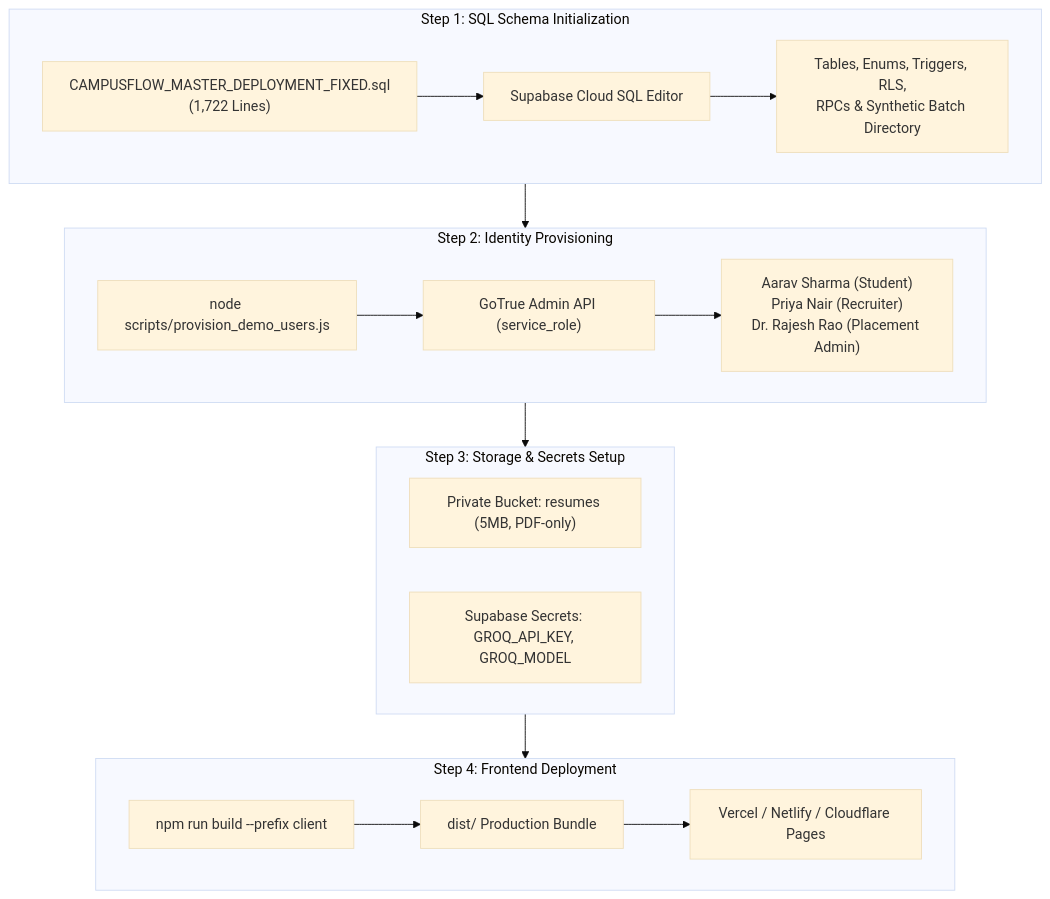
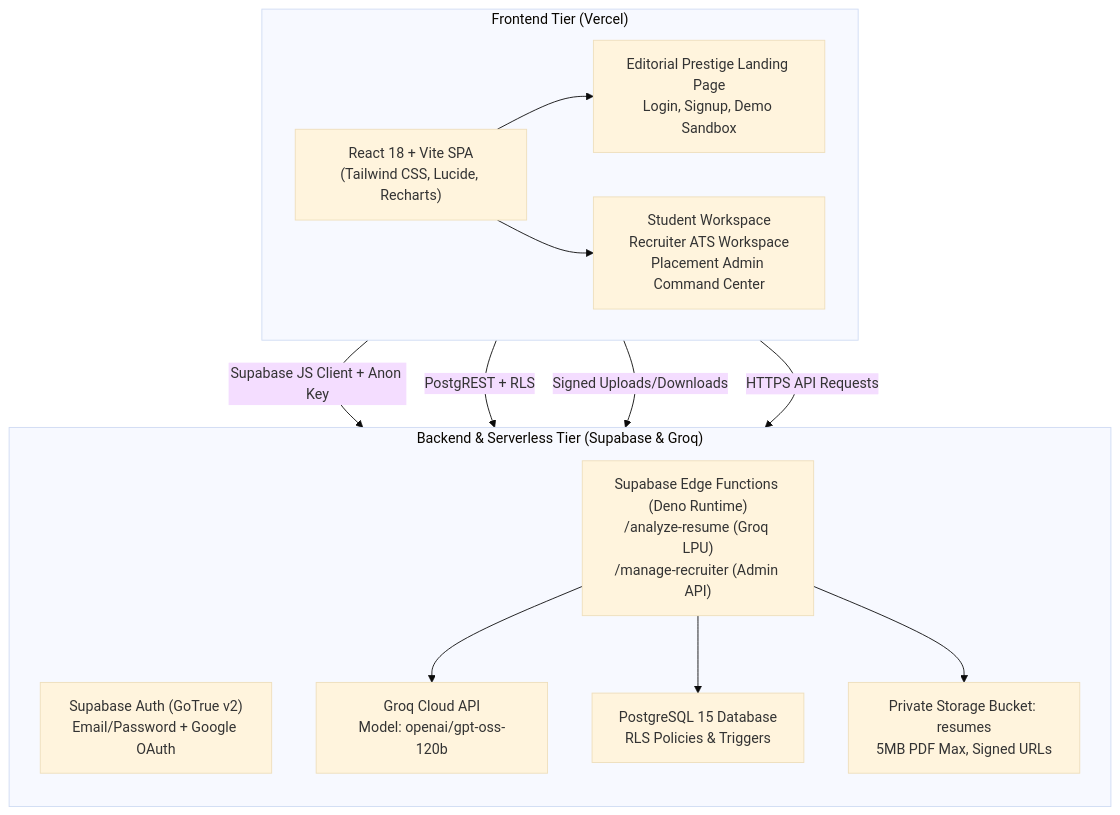
Before and after one commit to Rohit-Andhavarapu/CampusFlow: the diagram in docs/DEPLOYMENT.md, drawn with Mermaid (base theme). The commit also changed other lines of this file and 15 other files, not shown here.

Commit message:
feat(release): achieve complete v6.0 production deployment readiness

````diff
--- a/docs/DEPLOYMENT.md
+++ b/docs/DEPLOYMENT.md
@@ -13,30 +15,28 @@
 ```mermaid
 flowchart TD
-    subgraph Step1 ["Step 1: SQL Schema Initialization"]
-        MasterSQL["CAMPUSFLOW_MASTER_DEPLOYMENT_FIXED.sql<br/>(1,722 Lines)"]
-        SQLEditor["Supabase Cloud SQL Editor"]
-        MasterSQL --> SQLEditor
-        SQLEditor --> Schemas["Tables, Enums, Triggers, RLS,<br/>RPCs & Synthetic Batch Directory"]
+    subgraph Frontend ["Frontend Tier (Vercel)"]
+        SPA["React 18 + Vite SPA<br/>(Tailwind CSS, Lucide, Recharts)"]
+        PublicRoutes["Editorial Prestige Landing Page<br/>Login, Signup, Demo Sandbox"]
+        ProtectedRoutes["Student Workspace<br/>Recruiter ATS Workspace<br/>Placement Admin Command Center"]
+        SPA --> PublicRoutes
+        SPA --> ProtectedRoutes
     end
 
-    subgraph Step2 ["Step 2: Identity Provisioning"]
-        ProvisionScript["node scripts/provision_demo_users.js"]
-        AdminAPI["GoTrue Admin API (service_role)"]
-        ProvisionScript --> AdminAPI
-        AdminAPI --> Accounts["Aarav Sharma (Student)<br/>Priya Nair (Recruiter)<br/>Dr. Rajesh Rao (Placement Admin)"]
+    subgraph Backend ["Backend & Serverless Tier (Supabase & Groq)"]
+        direction TB
+        Auth["Supabase Auth (GoTrue v2)<br/>Email/Password + Google OAuth"]
+        Database["PostgreSQL 15 Database<br/>RLS Policies & Triggers"]
+        Storage["Private Storage Bucket: resumes<br/>5MB PDF Max, Signed URLs"]
+        EdgeFunctions["Supabase Edge Functions (Deno Runtime)<br/>/analyze-resume (Groq LPU)<br/>/manage-recruiter (Admin API)"]
+        GroqCloud["Groq Cloud API<br/>Model: openai/gpt-oss-120b"]
+        
+        EdgeFunctions --> GroqCloud
+        EdgeFunctions --> Database
+        EdgeFunctions --> Storage
     end
 
-    subgraph Step3 ["Step 3: Storage & Secrets Setup"]
-        Storage["Private Bucket: resumes (5MB, PDF-only)"]
-        Secrets["Supabase Secrets: GROQ_API_KEY, GROQ_MODEL"]
-    end
-
-    subgraph Step4 ["Step 4: Frontend Deployment"]
-        ViteBuild["npm run build --prefix client"]
-        Dist["dist/ Production Bundle"]
-        Hosting["Vercel / Netlify / Cloudflare Pages"]
-        ViteBuild --> Dist --> Hosting
-    end
-
-    Step1 --> Step2 --> Step3 --> Step4
+    Frontend -->|Supabase JS Client + Anon Key| Auth
+    Frontend -->|PostgREST + RLS| Database
+    Frontend -->|Signed Uploads/Downloads| Storage
+    Frontend -->|HTTPS API Requests| EdgeFunctions
 ```
````
